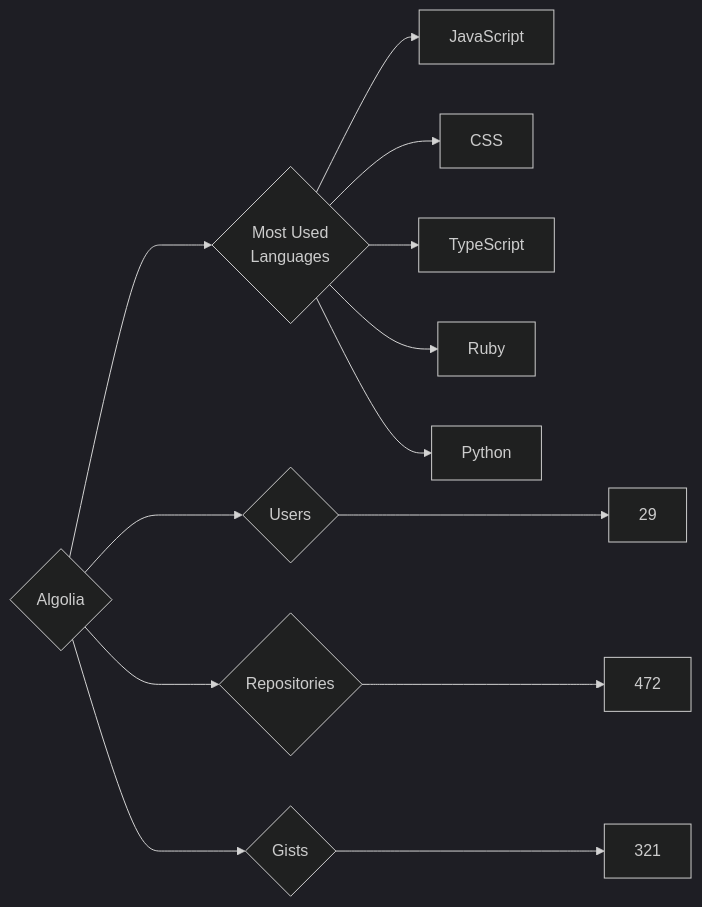
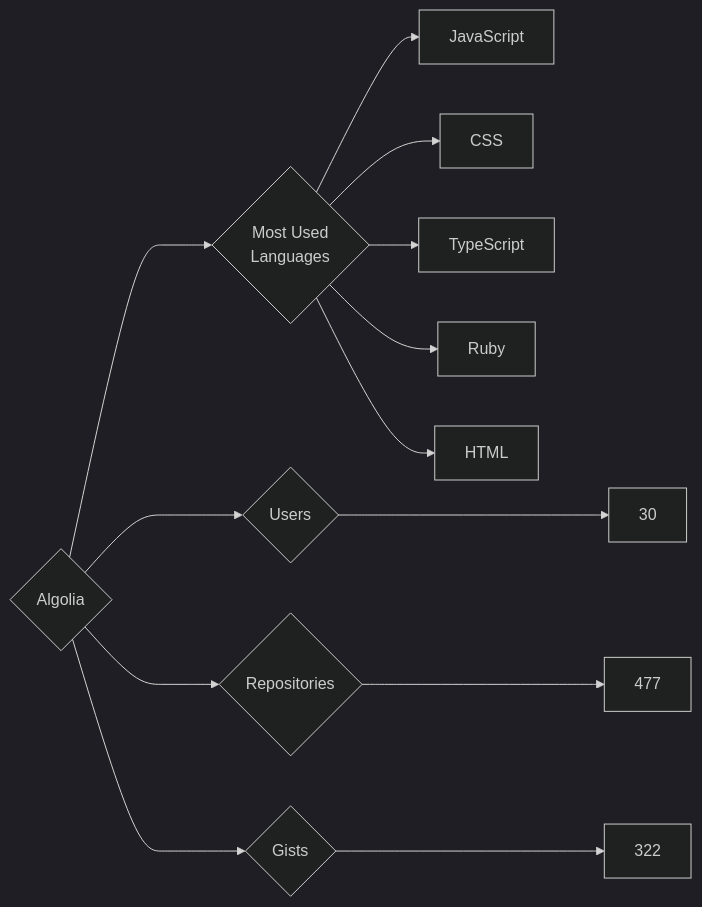
Before and after one commit to trickest/insiders: the diagram in targets/Algolia/README.md, drawn with Mermaid (dark theme). The commit also changed 1020 other files, not shown here.

````diff
--- a/targets/Algolia/README.md
+++ b/targets/Algolia/README.md
@@ -3,13 +3,13 @@
 ```mermaid
 graph LR
 COMPANY_NAME{Algolia}
-COMPANY_NAME ---> U{Users} ---> UN[29]
-COMPANY_NAME ---> R{Repositories} ---> RN[472]
-COMPANY_NAME ---> G{Gists} ---> GN[321]
+COMPANY_NAME ---> U{Users} ---> UN[30]
+COMPANY_NAME ---> R{Repositories} ---> RN[477]
+COMPANY_NAME ---> G{Gists} ---> GN[322]
 COMPANY_NAME ---> ML{Most Used<br>Languages}
 ML --> JavaScript[JavaScript]
 ML --> CSS[CSS]
 ML --> TypeScript[TypeScript]
 ML --> Ruby[Ruby]
-ML --> Python[Python]
+ML --> HTML[HTML]
 ```
````
